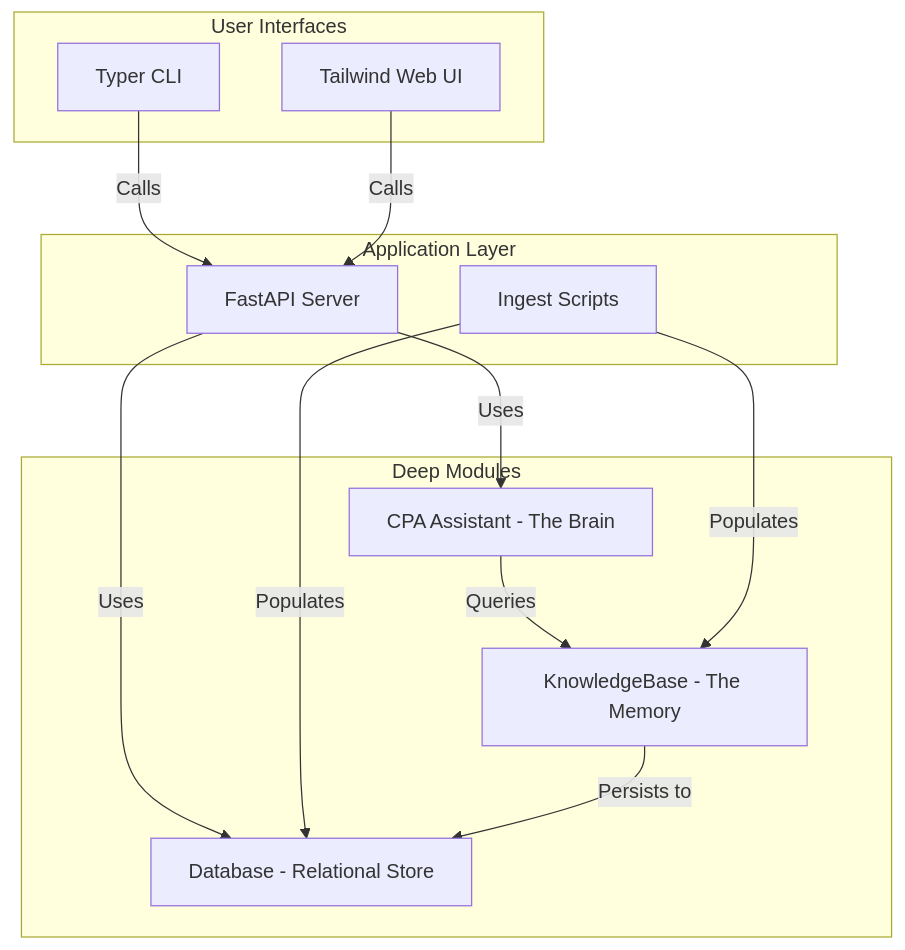
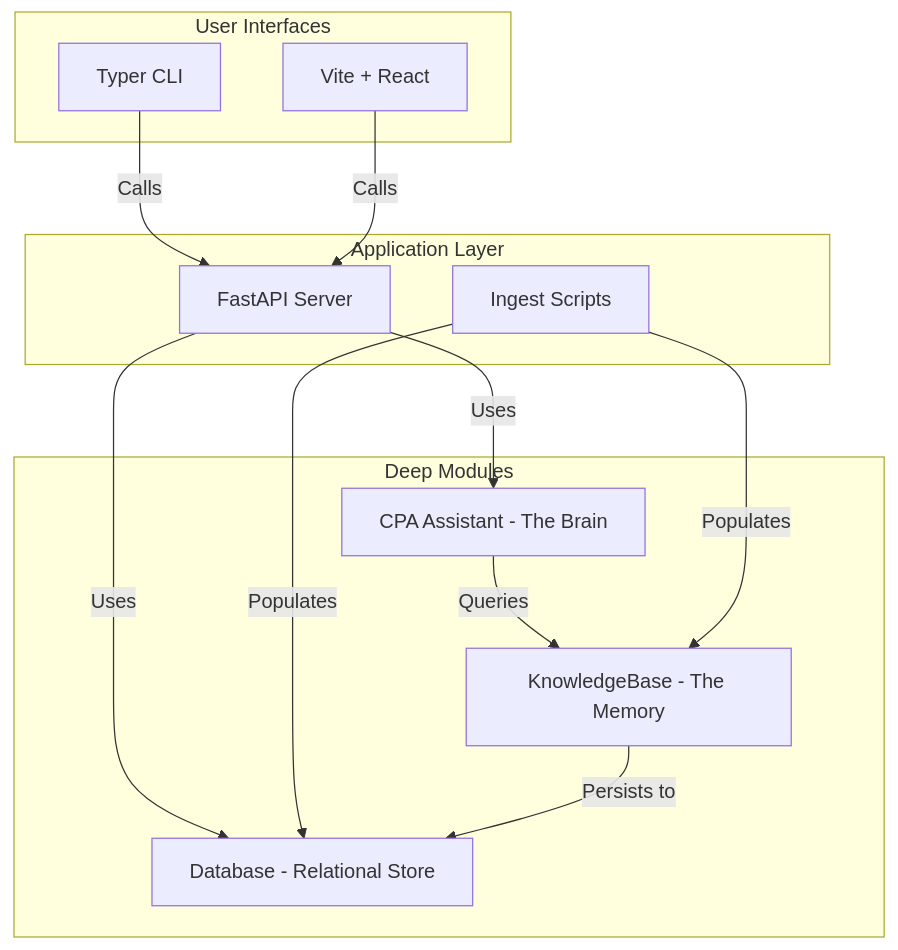
One commit to abhishek-jana/personalCPA changed the diagram in README.md. Above: the diagram before and after it, drawn with Mermaid. The commit also changed other lines of this file and 19 other files, not shown here.

````diff
--- a/README.md
+++ b/README.md
@@ -11,32 +71,32 @@
 ```mermaid
 graph TD
     subgraph UI [User Interfaces]
         CLI[Typer CLI]
-        Web[Tailwind Web UI]
+        Web[Vite + React]
     end
 
     subgraph App [Application Layer]
         FastAPI[FastAPI Server]
         Scripts[Ingest Scripts]
     end
 
     subgraph Core [Deep Modules]
         Assistant[CPA Assistant - The Brain]
         KB[KnowledgeBase - The Memory]
         DB[Database - Relational Store]
     end
 
     %% Interactions
     CLI -->|Calls| FastAPI
     Web -->|Calls| FastAPI
     
     FastAPI -->|Uses| Assistant
     FastAPI -->|Uses| DB
     
     Assistant -->|Queries| KB
     
     Scripts -->|Populates| KB
     Scripts -->|Populates| DB
 
     KB -->|Persists to| DB
 ```
````
